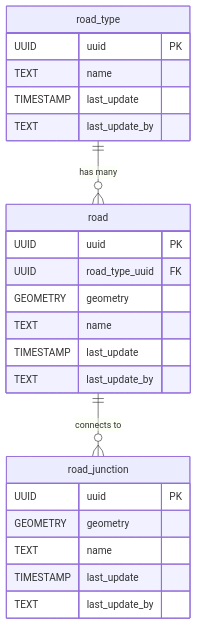
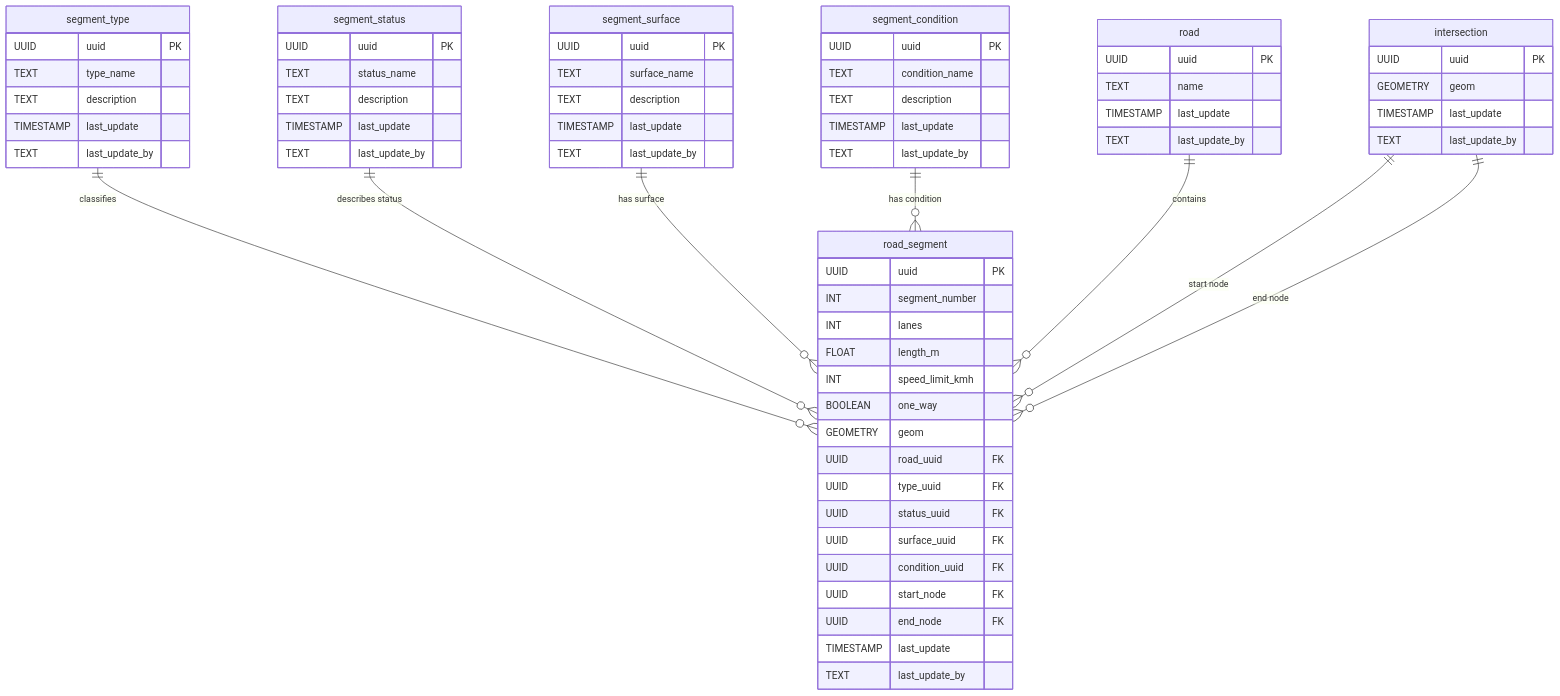
One commit to kartoza/InfrastructureMapper changed the diagram in sql/13-roads.md. Above: the diagram before and after it, drawn with Mermaid. The commit also changed other lines of this file and 15 other files, not shown here.

````diff
--- a/sql/13-roads.md
+++ b/sql/13-roads.md
@@ -13,27 +17,75 @@
 ```mermaid
 erDiagram
-  road_type {
+  segment_type {
+    UUID uuid PK
+    TEXT type_name
+    TEXT description
+    TIMESTAMP last_update
+    TEXT last_update_by
+  }
+
+  segment_status {
+    UUID uuid PK
+    TEXT status_name
+    TEXT description
+    TIMESTAMP last_update
+    TEXT last_update_by
+  }
+
+  segment_surface {
+    UUID uuid PK
+    TEXT surface_name
+    TEXT description
+    TIMESTAMP last_update
+    TEXT last_update_by
+  }
+
+  segment_condition {
+    UUID uuid PK
+    TEXT condition_name
+    TEXT description
+    TIMESTAMP last_update
+    TEXT last_update_by
+  }
+
+  road {
     UUID uuid PK
     TEXT name
     TIMESTAMP last_update
     TEXT last_update_by
   }
-  road {
+
+  intersection {
     UUID uuid PK
-    UUID road_type_uuid FK
-    GEOMETRY geometry
-    TEXT name
-    TIMESTAMP last_update
-    TEXT last_update_by
-  }
-  road_junction {
-    UUID uuid PK
-    GEOMETRY geometry
-    TEXT name
+    GEOMETRY geom
     TIMESTAMP last_update
     TEXT last_update_by
   }
 
-  road_type ||--o{ road : "has many"
-  road ||--o{ road_junction : "connects to"
+  road_segment {
+    UUID uuid PK
+    INT segment_number
+    INT lanes
+    FLOAT length_m
+    INT speed_limit_kmh
+    BOOLEAN one_way
+    GEOMETRY geom
+    UUID road_uuid FK
+    UUID type_uuid FK
+    UUID status_uuid FK
+    UUID surface_uuid FK
+    UUID condition_uuid FK
+    UUID start_node FK
+    UUID end_node FK
+    TIMESTAMP last_update
+    TEXT last_update_by
+  }
+
+  segment_type ||--o{ road_segment : "classifies"
+  segment_status ||--o{ road_segment : "describes status"
+  segment_surface ||--o{ road_segment : "has surface"
+  segment_condition ||--o{ road_segment : "has condition"
+  road ||--o{ road_segment : "contains"
+  intersection ||--o{ road_segment : "start node"
+  intersection ||--o{ road_segment : "end node"
 ```
````
